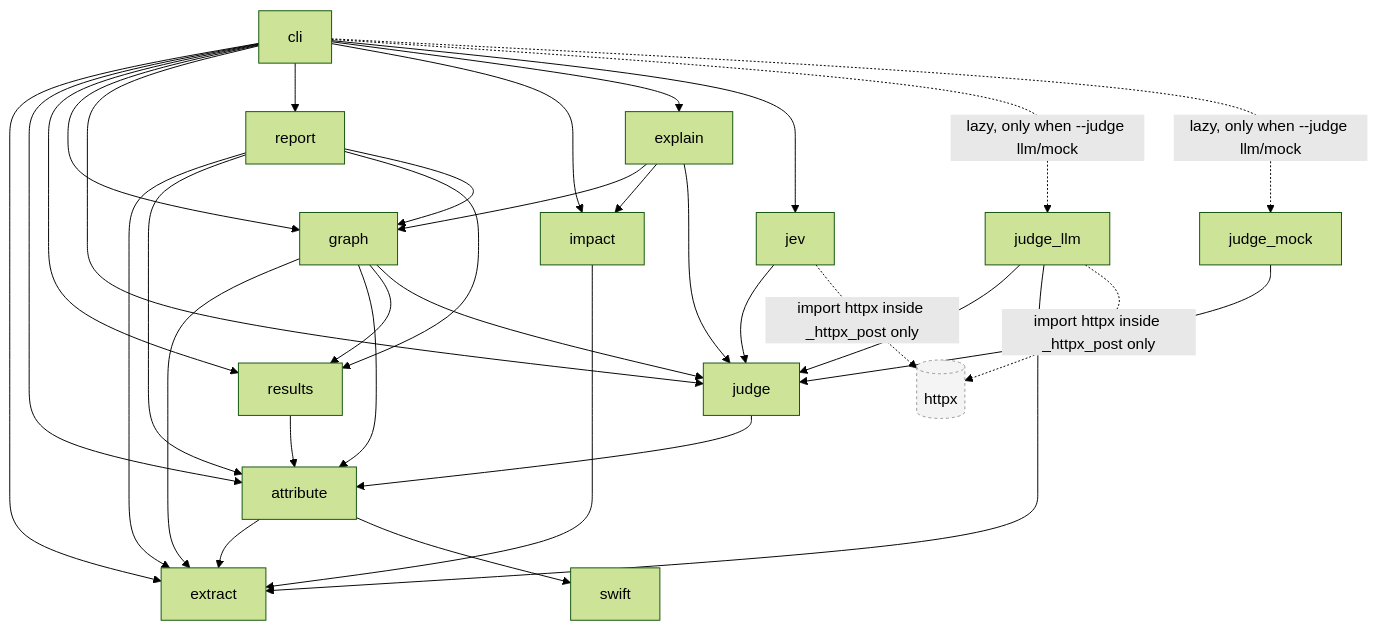
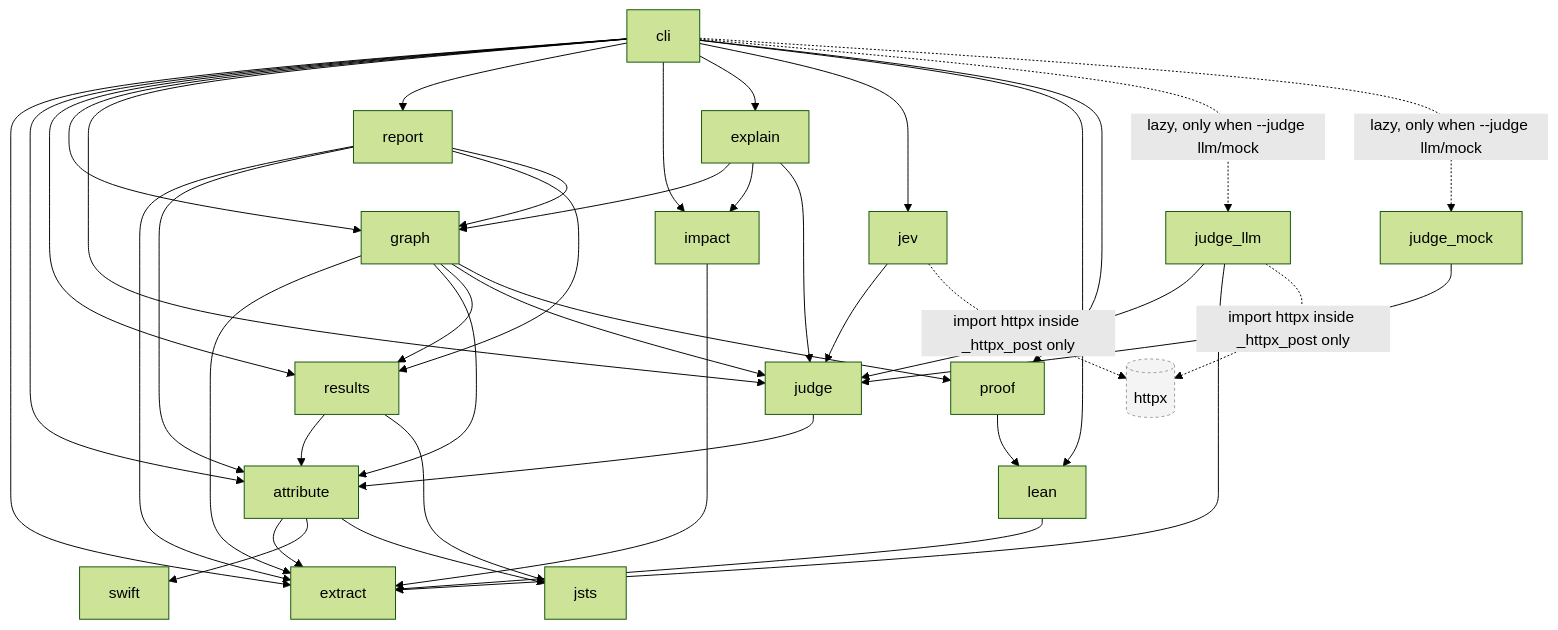
Before and after one commit to rioffe/speccheck: the second of 12 diagrams in ARCHITECTURE.md, drawn with Mermaid (forest theme). The commit also changed other lines of this file and 4 other files, not shown here.

First line of the commit message:
docs(architecture): bring ARCHITECTURE.md to v1.23.1

````diff
--- a/ARCHITECTURE.md
+++ b/ARCHITECTURE.md
@@ -87,19 +103,21 @@
 ```mermaid
 flowchart TD
-    cli --> extract & attribute & results & graphm & judge & report & impact & explain & jev
+    cli --> extract & attribute & results & graphm & judge & report & impact & explain & jev & lean & proof
     cli -. "lazy, only when --judge llm/mock" .-> judge_llm & judge_mock
-    attribute --> extract & swift
-    results --> attribute
+    attribute --> extract & swift & jsts
+    results --> attribute & jsts
     judge --> attribute
-    graphm[graph] --> extract & attribute & results & judge
+    lean --> extract
+    proof --> lean
+    graphm[graph] --> extract & attribute & results & judge & proof
     impact --> extract
     explain --> graphm & impact & judge
     jev --> judge
     report --> extract & attribute & results & graphm
     judge_mock --> judge
     judge_llm --> judge & extract
     judge_llm -. "import httpx inside _httpx_post only" .-> httpx[(httpx)]
     jev -. "import httpx inside _httpx_post only" .-> httpx
     classDef ext fill:#f4f4f4,stroke:#999,stroke-dasharray: 3 3
     class httpx ext
 ```
````
